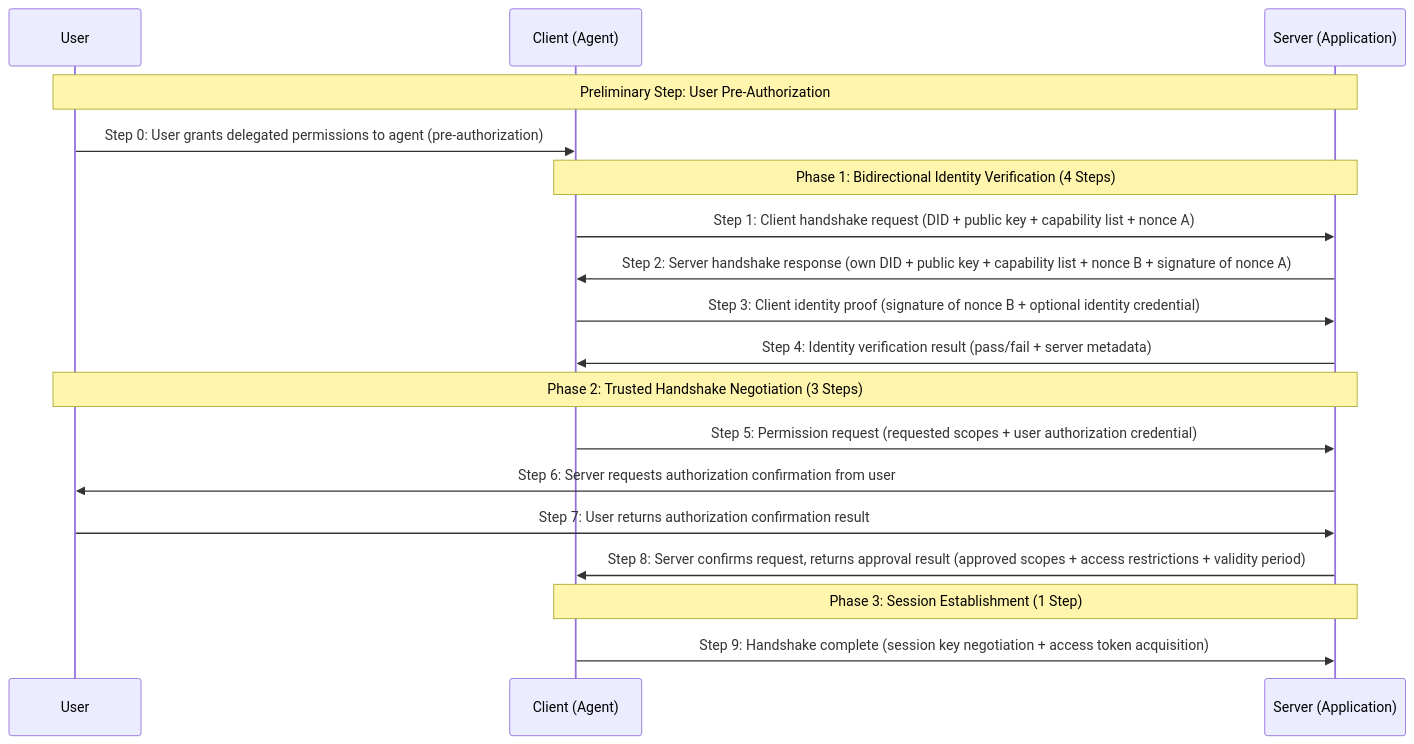
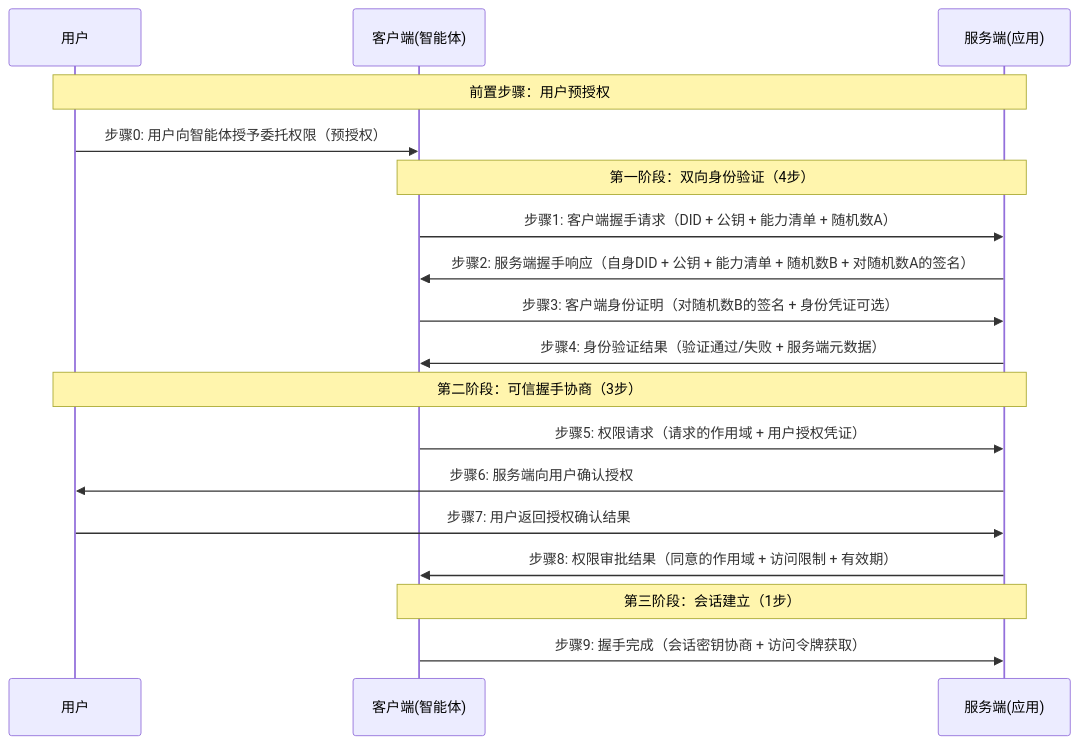
One commit to ath-protocol/agent-trust-handshake-protocol changed the diagram in README.md. Above: the diagram before and after it, drawn with Mermaid. The commit also changed other lines of this file, not shown here.

````diff
--- a/README.md
+++ b/README.md
@@ -93,24 +111,24 @@
 ```mermaid
 sequenceDiagram
-    participant U as User
-    participant C as Client (Agent)
-    participant S as Server (Application)
+    participant U as 用户
+    participant C as 客户端(智能体)
+    participant S as 服务端(应用)
     
-    Note over U,S: Preliminary Step: User Pre-Authorization
-    U->>C: Step 0: User grants delegated permissions to agent (pre-authorization)
+    Note over U,S: 前置步骤：用户预授权
+    U->>C: 步骤0: 用户向智能体授予委托权限（预授权）
     
-    Note over C,S: Phase 1: Bidirectional Identity Verification (4 Steps)
-    C->>S: Step 1: Client handshake request (DID + public key + capability list + nonce A)
-    S->>C: Step 2: Server handshake response (own DID + public key + capability list + nonce B + signature of nonce A)
-    C->>S: Step 3: Client identity proof (signature of nonce B + optional identity credential)
-    S->>C: Step 4: Identity verification result (pass/fail + server metadata)
+    Note over C,S: 第一阶段：双向身份验证（4步）
+    C->>S: 步骤1: 客户端握手请求（DID + 公钥 + 能力清单 + 随机数A）
+    S->>C: 步骤2: 服务端握手响应（自身DID + 公钥 + 能力清单 + 随机数B + 对随机数A的签名）
+    C->>S: 步骤3: 客户端身份证明（对随机数B的签名 + 身份凭证可选）
+    S->>C: 步骤4: 身份验证结果（验证通过/失败 + 服务端元数据）
     
-    Note over U,S: Phase 2: Trusted Handshake Negotiation (3 Steps)
-    C->>S: Step 5: Permission request (requested scopes + user authorization credential)
-    S->>U: Step 6: Server requests authorization confirmation from user
-    U->>S: Step 7: User returns authorization confirmation result
-    S->>C: Step 8: Server confirms request, returns approval result (approved scopes + access restrictions + validity period)
+    Note over U,S: 第二阶段：可信握手协商（3步）
+    C->>S: 步骤5: 权限请求（请求的作用域 + 用户授权凭证）
+    S->>U: 步骤6: 服务端向用户确认授权
+    U->>S: 步骤7: 用户返回授权确认结果
+    S->>C: 步骤8: 权限审批结果（同意的作用域 + 访问限制 + 有效期）
     
-    Note over C,S: Phase 3: Session Establishment (1 Step)
-    C->>S: Step 9: Handshake complete (session key negotiation + access token acquisition)
+    Note over C,S: 第三阶段：会话建立（1步）
+    C->>S: 步骤9: 握手完成（会话密钥协商 + 访问令牌获取）
 ```
````
